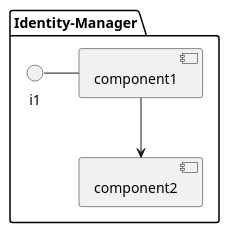
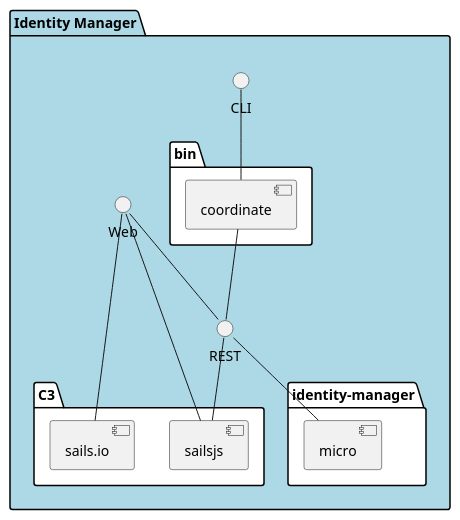
Before and after one commit to CAADE/C3: the diagram in docs/Solution/Identity-Manager/Physical.puml, drawn with PlantUML. The commit also changed 158 other files, not shown here.

```diff
--- a/docs/Solution/Identity-Manager/Physical.puml
+++ b/docs/Solution/Identity-Manager/Physical.puml
@@ -1,11 +1,27 @@
 @startuml
 
-package "Identity-Manager" {
-component component1
-component component2
-interface i1
+package "Identity Manager" #lightblue {
+    interface CLI
+    interface Web
+    interface REST
+    folder C3 #ffffff {
+        component sailsjs
+        component sails.io
+    }
+    folder bin #ffffff {
+      component coordinate
+    }
+    folder "identity-manager" #ffffff {
+        component micro as emmicro
+    }
+}
+CLI -- coordinate
+coordinate -- REST
+Web -- sailsjs
+Web -- REST
+REST -- sailsjs
 
-}
-i1 - component1
-component1 --> component2
+Web -- sails.io
+REST -- emmicro
+
 @enduml
```
